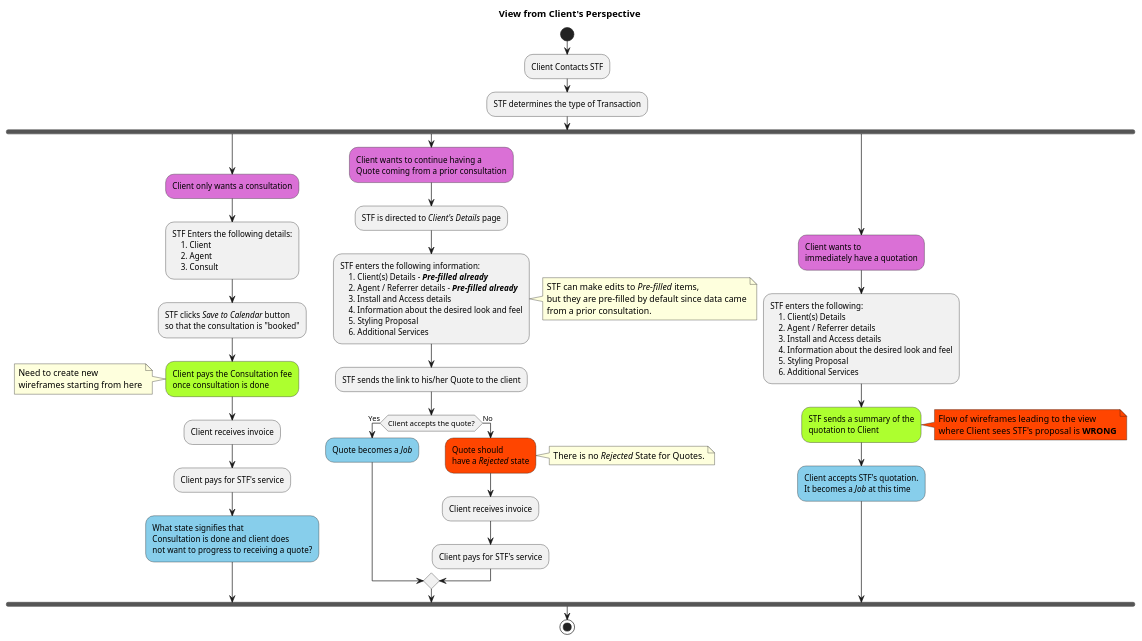
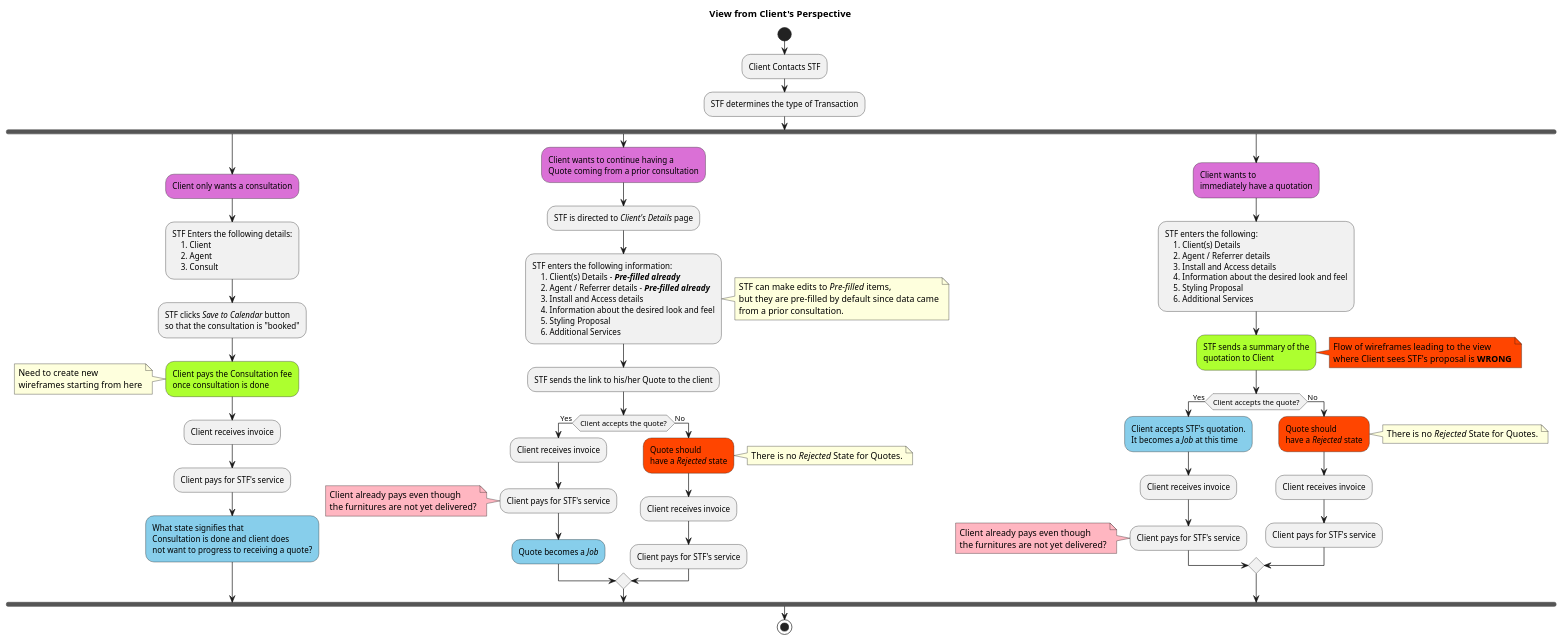
Before and after one commit to jpgacrama/NovariSpecs: the diagram in Client/Client_HighLevelFlow.pu, drawn with PlantUML.

Commit message:
Client is assumed to pay for STF's services
Client also pays even though the Furnitures are NOT yet delivered?

```diff
--- a/Client/Client_HighLevelFlow.pu
+++ b/Client/Client_HighLevelFlow.pu
@@ -7,89 +7,113 @@
 @startuml
     title View from Client's Perspective
     start
     :Client Contacts STF;
     :STF determines the type of Transaction;
 
     fork
         #Orchid:Client only wants a consultation;
         :STF Enters the following details:
             1. Client
             2. Agent
             3. Consult;
         :STF clicks //Save to Calendar// button
         so that the consultation is "booked";
         
         #GreenYellow:Client pays the Consultation fee
         once consultation is done;
 
         note left
             Need to create new
             wireframes starting from here
         end note
 
         :Client receives invoice;
         :Client pays for STF's service;
         #SkyBlue:What state signifies that
         Consultation is done and client does
         not want to progress to receiving a quote?;
     
     fork again
         #Orchid:Client wants to continue having a
         Quote coming from a prior consultation;
 
         :STF is directed to //Client's Details// page;
         :STF enters the following information:
             1. Client(s) Details - **//Pre-filled already//**
             2. Agent / Referrer details - **//Pre-filled already//**
             3. Install and Access details
             4. Information about the desired look and feel
             5. Styling Proposal
             6. Additional Services;
 
         note right
             STF can make edits to //Pre-filled// items,
             but they are pre-filled by default since data came
             from a prior consultation.
         end note
 
         :STF sends the link to his/her Quote to the client;
 
         if (Client accepts the quote?) then (Yes)
+            :Client receives invoice;
+            :Client pays for STF's service;
+            note #LightPink
+                Client already pays even though
+                the furnitures are not yet delivered?
+            end note
+
             #SkyBlue:Quote becomes a //Job//;
         else (No)
             #OrangeRed:Quote should
             have a //Rejected// state;
 
             note right
                 There is no //Rejected// State for Quotes.
             end note
             :Client receives invoice;
             :Client pays for STF's service;
         endif
 
     fork again
         #Orchid:Client wants to
         immediately have a quotation;
 
         :STF enters the following:
             1. Client(s) Details
             2. Agent / Referrer details
             3. Install and Access details
             4. Information about the desired look and feel
             5. Styling Proposal
             6. Additional Services;
 
         #GreenYellow:STF sends a summary of the
         quotation to Client;
 
         note right #OrangeRed
             Flow of wireframes leading to the view
             where Client sees STF's proposal is **WRONG**
         end note
 
-        #SkyBlue:Client accepts STF's quotation.
-        It becomes a //Job// at this time;
+        if (Client accepts the quote?) then (Yes)
+            #SkyBlue:Client accepts STF's quotation.
+            It becomes a //Job// at this time;
+            :Client receives invoice;
+            :Client pays for STF's service;
+            note #LightPink
+                Client already pays even though
+                the furnitures are not yet delivered?
+            end note
+
+        else (No)
+            #OrangeRed:Quote should
+            have a //Rejected// state;
+
+            note right
+                There is no //Rejected// State for Quotes.
+            end note
+            :Client receives invoice;
+            :Client pays for STF's service;
+        endif
     end fork
-
     stop
 @enduml
```
